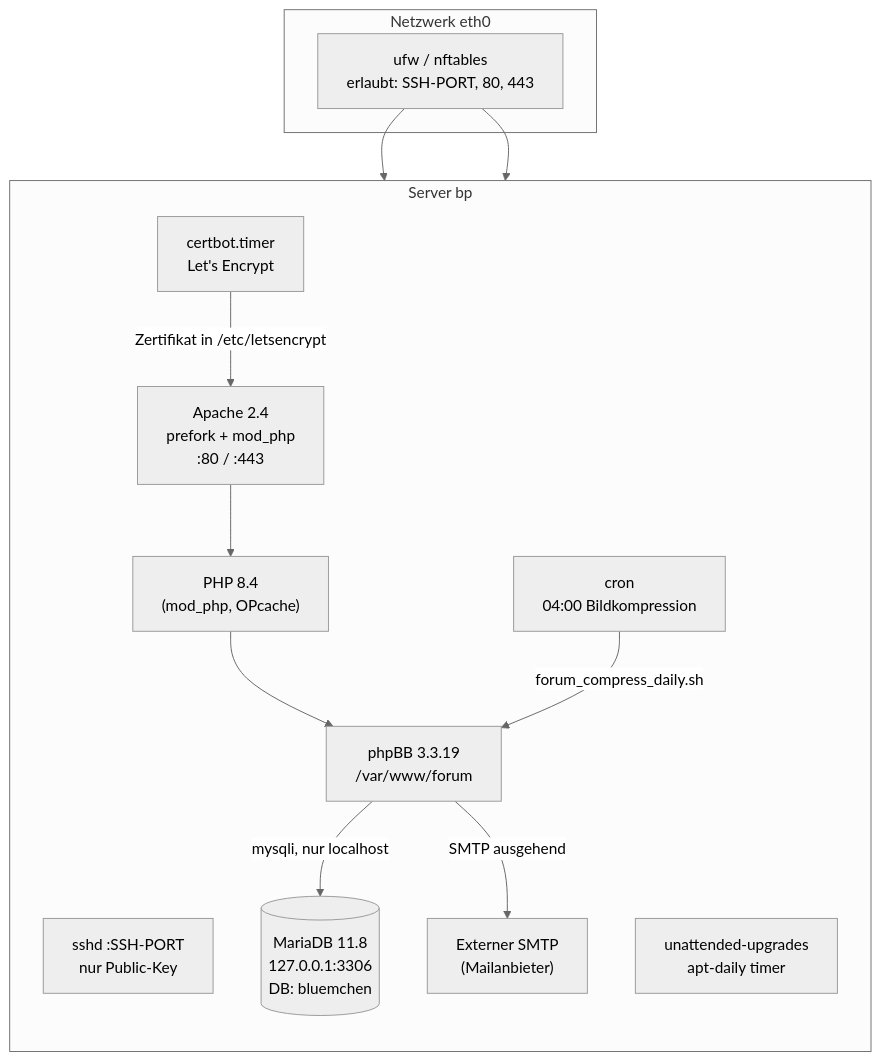
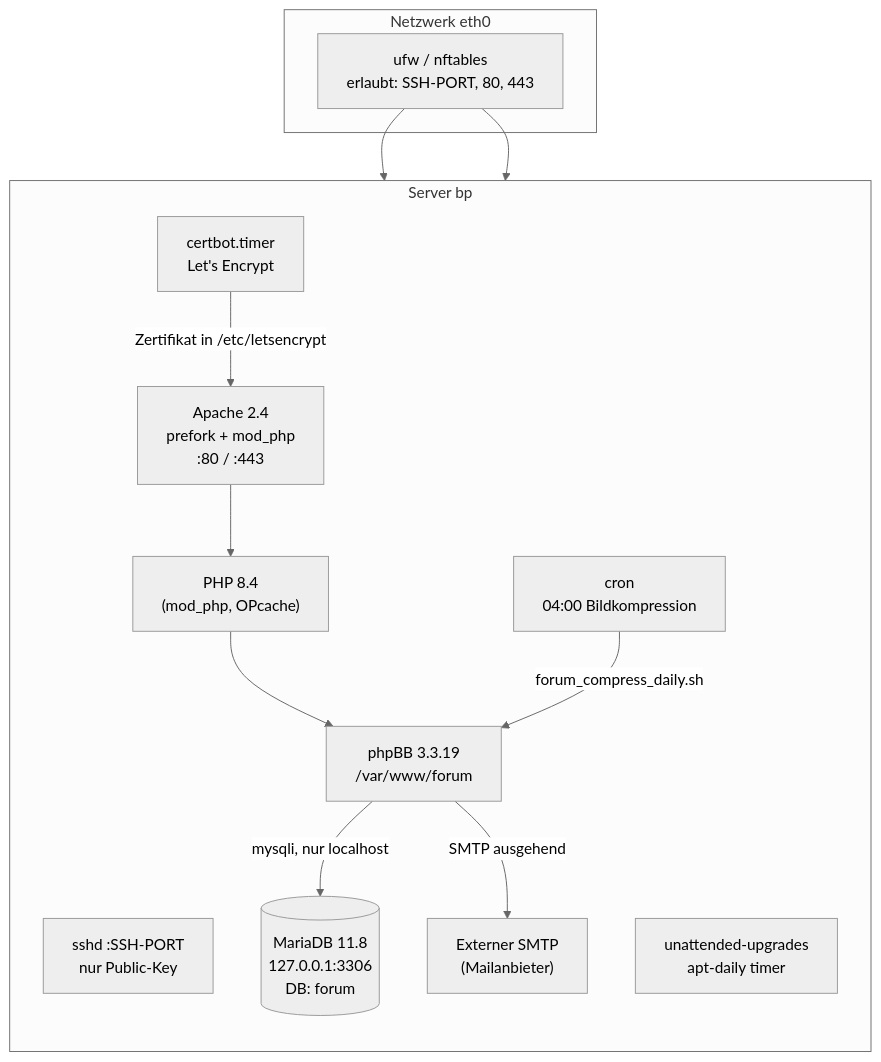
One commit to AnThi2022/bp-server-doku-public changed the second of 6 diagrams in docs/01-architektur.md. Above: the diagram before and after it, drawn with Mermaid (neutral theme). The commit also changed other lines of this file and 4 other files, not shown here.

````diff
--- a/docs/01-architektur.md
+++ b/docs/01-architektur.md
@@ -30,27 +30,27 @@
 ```mermaid
 flowchart TB
     subgraph NET["Netzwerk eth0"]
         FW["ufw / nftables<br/>erlaubt: SSH-PORT, 80, 443"]
     end
 
     subgraph SRV["Server bp"]
         direction TB
         SSHD["sshd :SSH-PORT<br/>nur Public-Key"]
         APA["Apache 2.4<br/>prefork + mod_php<br/>:80 / :443"]
         PHP["PHP 8.4<br/>(mod_php, OPcache)"]
         PHPBB["phpBB 3.3.19<br/>/var/www/forum"]
-        DB[("MariaDB 11.8<br/>127.0.0.1:3306<br/>DB: bluemchen")]
+        DB[("MariaDB 11.8<br/>127.0.0.1:3306<br/>DB: forum")]
         CB["certbot.timer<br/>Let's Encrypt"]
         CRON["cron<br/>04:00 Bildkompression"]
         MX["Externer SMTP<br/>(Mailanbieter)"]
         UU["unattended-upgrades<br/>apt-daily timer"]
     end
 
     FW --> SSHD
     FW --> APA
     APA --> PHP --> PHPBB
     PHPBB -- "mysqli, nur localhost" --> DB
     PHPBB -- "SMTP ausgehend" --> MX
     CB -- "Zertifikat in /etc/letsencrypt" --> APA
     CRON -- "forum_compress_daily.sh" --> PHPBB
 ```
````
